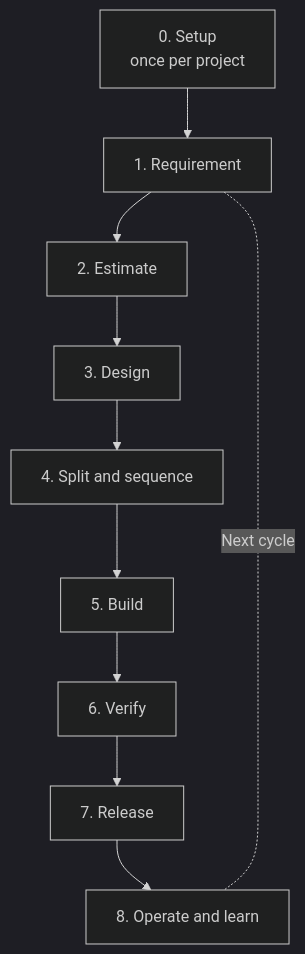
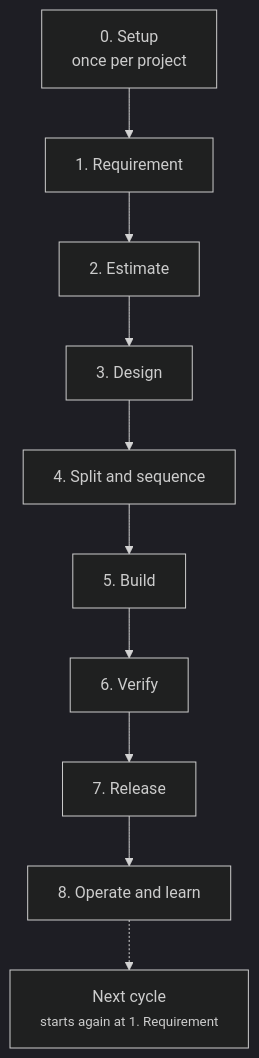
The first of 3 diagrams in docs/flow/project-flow.md (lamngockhuong/aiteamkit), drawn with Mermaid (dark theme) before and after one commit. The commit also changed other lines of this file and 6 other files, not shown here.

First line of the commit message:
fix: draw a diagram's loop back to an end node so it keeps its arrowhead

````diff
--- a/docs/flow/project-flow.md
+++ b/docs/flow/project-flow.md
@@ -16,12 +16,12 @@
 ```mermaid
 flowchart TD
     P0["0. Setup<br/>once per project"] --> P1["1. Requirement"]
     P1 --> P2["2. Estimate"]
     P2 --> P3["3. Design"]
     P3 --> P4["4. Split and sequence"]
     P4 --> P5["5. Build"]
     P5 --> P6["6. Verify"]
     P6 --> P7["7. Release"]
     P7 --> P8["8. Operate and learn"]
-    P1 <-.-|Next cycle| P8
+    P8 -.-> NC["Next cycle<br/><small>starts again at 1. Requirement</small>"]
 ```
````
